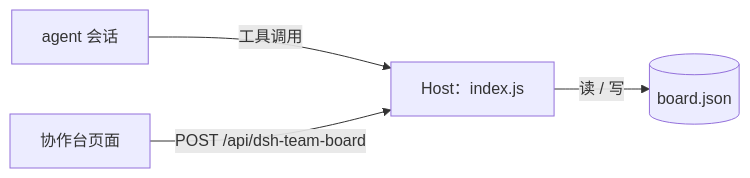
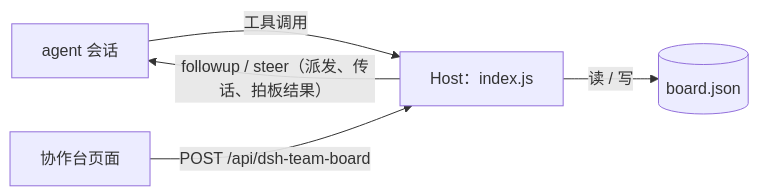
Before and after one commit to Ray144165154/dsh-team-board: the second of 2 diagrams in README.md, drawn with Mermaid. The commit also changed other lines of this file and 8 other files, not shown here.

````diff
--- a/README.md
+++ b/README.md
@@ -104,6 +124,7 @@
 ```mermaid
 flowchart LR
     A[agent 会话] -- 工具调用 --> H[Host：index.js]
     P[协作台页面] -- "POST /api/dsh-team-board" --> H
+    H -- "followup / steer（派发、传话、拍板结果）" --> A
     H -- 读 / 写 --> F[(board.json)]
 ```
````
